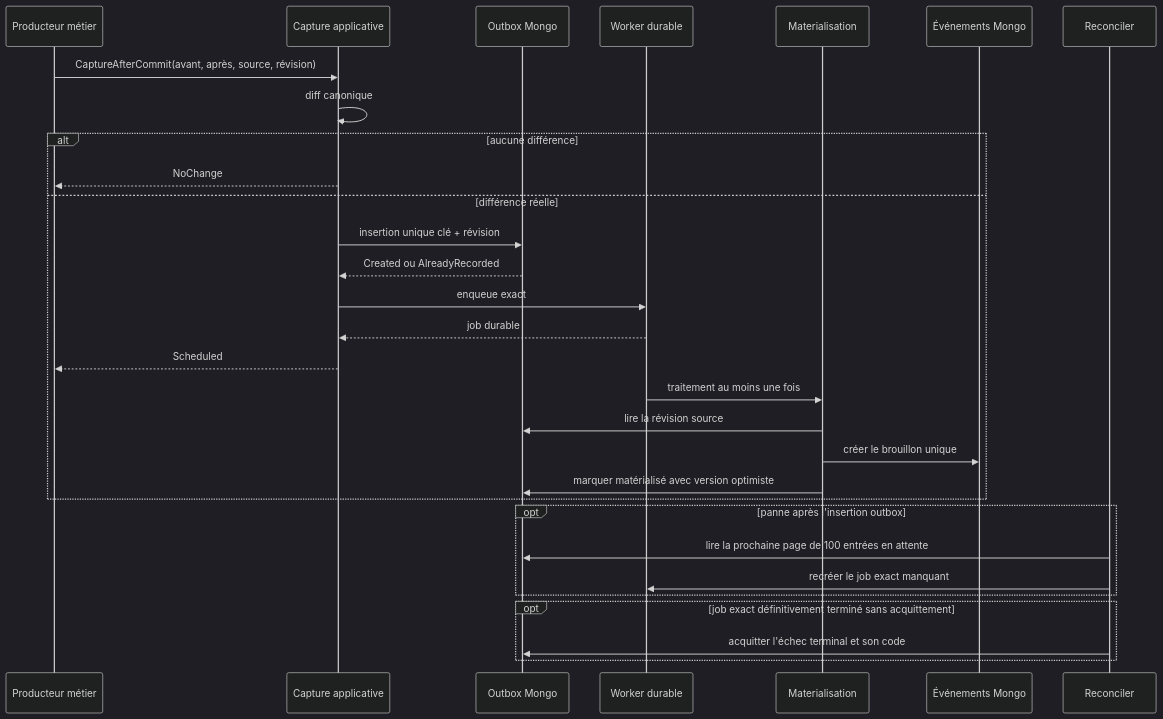
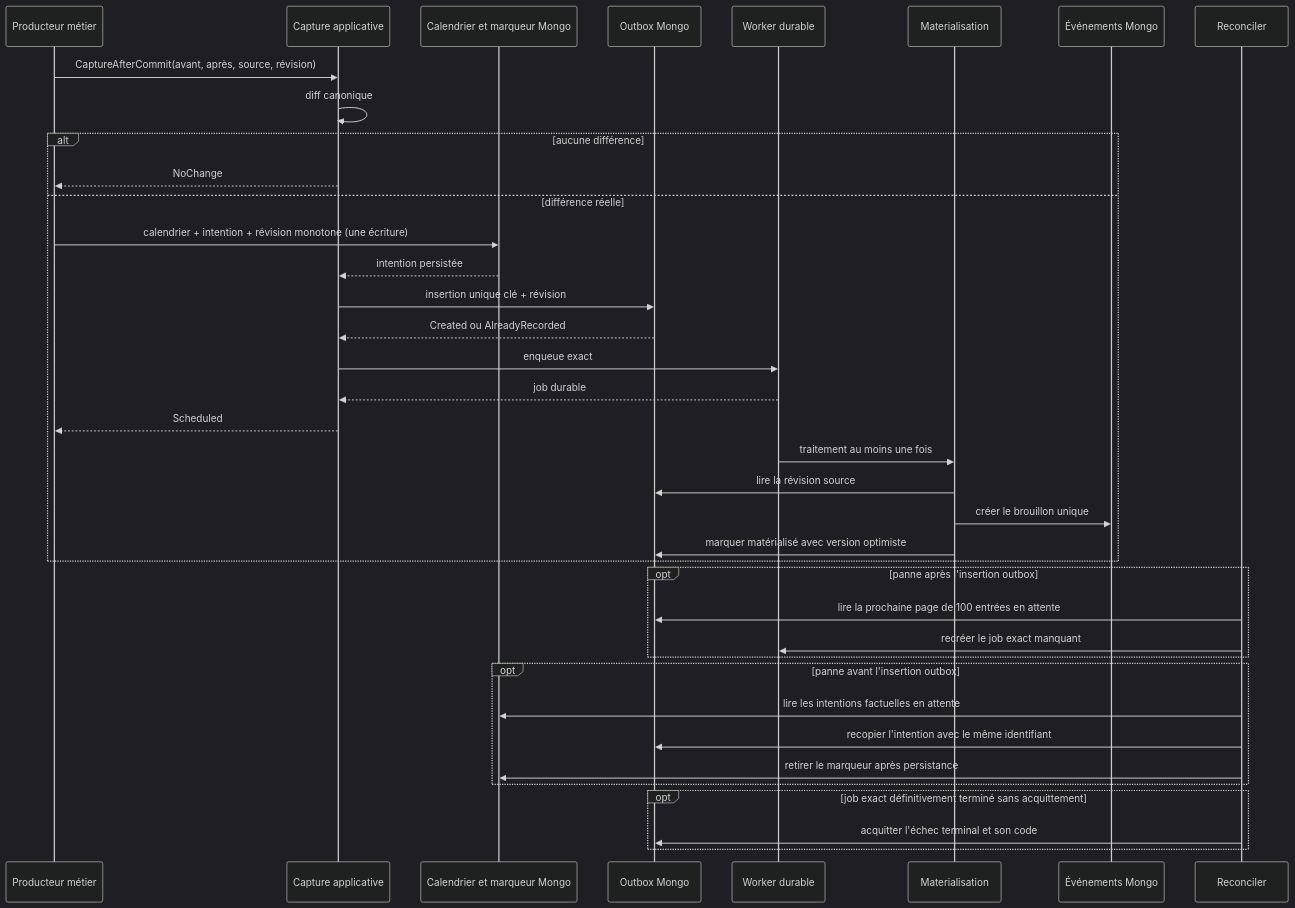
The third of 3 diagrams in docs/architecture/product-growth-watch-05-factual-outbox-2026-09-15.md (Ced59/AmusementParkProject), drawn with Mermaid (dark theme) before and after one commit. The commit also changed other lines of this file and 21 other files, not shown here.

Commit message:
fix(watch): make factual capture source-durable

````diff
--- a/docs/architecture/product-growth-watch-05-factual-outbox-2026-09-15.md
+++ b/docs/architecture/product-growth-watch-05-factual-outbox-2026-09-15.md
@@ -127,35 +138,44 @@
 ```mermaid
 sequenceDiagram
     participant Producer as Producteur métier
     participant Capture as Capture applicative
+    participant Source as Calendrier et marqueur Mongo
     participant Outbox as Outbox Mongo
     participant Queue as Worker durable
     participant Handler as Materialisation
     participant Event as Événements Mongo
     participant Repair as Reconciler
 
     Producer->>Capture: CaptureAfterCommit(avant, après, source, révision)
     Capture->>Capture: diff canonique
     alt aucune différence
         Capture-->>Producer: NoChange
     else différence réelle
+        Producer->>Source: calendrier + intention + révision monotone (une écriture)
+        Source-->>Capture: intention persistée
         Capture->>Outbox: insertion unique clé + révision
         Outbox-->>Capture: Created ou AlreadyRecorded
         Capture->>Queue: enqueue exact
         Queue-->>Capture: job durable
         Capture-->>Producer: Scheduled
         Queue->>Handler: traitement au moins une fois
         Handler->>Outbox: lire la révision source
         Handler->>Event: créer le brouillon unique
         Handler->>Outbox: marquer matérialisé avec version optimiste
     end
 
     opt panne après l'insertion outbox
         Repair->>Outbox: lire la prochaine page de 100 entrées en attente
         Repair->>Queue: recréer le job exact manquant
     end
 
+    opt panne avant l'insertion outbox
+        Repair->>Source: lire les intentions factuelles en attente
+        Repair->>Outbox: recopier l'intention avec le même identifiant
+        Repair->>Source: retirer le marqueur après persistance
+    end
+
     opt job exact définitivement terminé sans acquittement
         Repair->>Outbox: acquitter l'échec terminal et son code
     end
 ```
````
